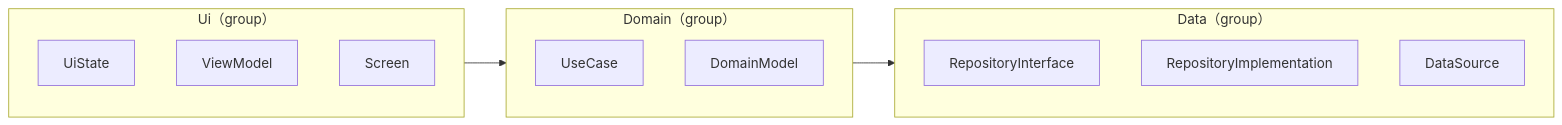
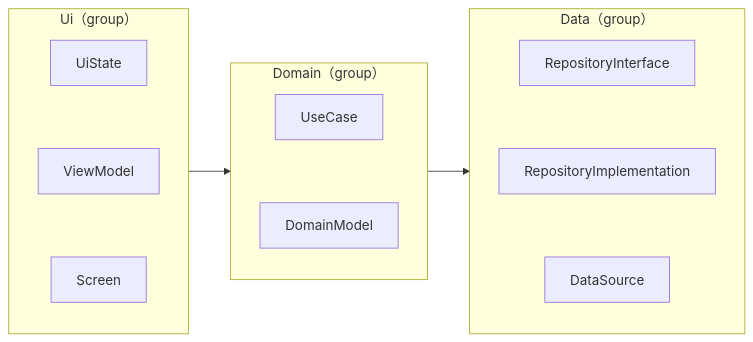
Before and after one commit to TBSten/katachi: the diagram in docs/src/content/docs/ja/recipes/android-three-layer.mdx, drawn with Mermaid. The commit also changed other lines of this file and 1 other file, not shown here.

Commit message:
docs(recipe): Android の3層アーキテクチャの図の各 group を縦向きにし、「要ります」を「必要です」に直す（KATACHI-374）
Review・Feedback で直すよう求められた指摘（Feedback 261113-011・012）。

- 図 1: 各 group の中の Role を縦に並べる（利用者の指定。図の幅 1798px → 867px で、Role 名が読める大きさになる）。ja / en
- 「…の設定が要ります」→「…の設定が必要です」（利用者が選んだ 1 か所。ja だけ）

````diff
--- a/docs/src/content/docs/ja/recipes/android-three-layer.mdx
+++ b/docs/src/content/docs/ja/recipes/android-three-layer.mdx
@@ -28,19 +28,17 @@
 ```mermaid
 flowchart LR
     subgraph ui["Ui（group）"]
-        UiState
-        ViewModel
-        Screen
+        direction TB
+        UiState ~~~ ViewModel ~~~ Screen
     end
     subgraph domain["Domain（group）"]
-        UseCase
-        DomainModel
+        direction TB
+        UseCase ~~~ DomainModel
     end
     subgraph data["Data（group）"]
-        RepositoryInterface
-        RepositoryImplementation
-        DataSource
+        direction TB
+        RepositoryInterface ~~~ RepositoryImplementation ~~~ DataSource
     end
     ui --> domain
     domain --> data
 ```
````
